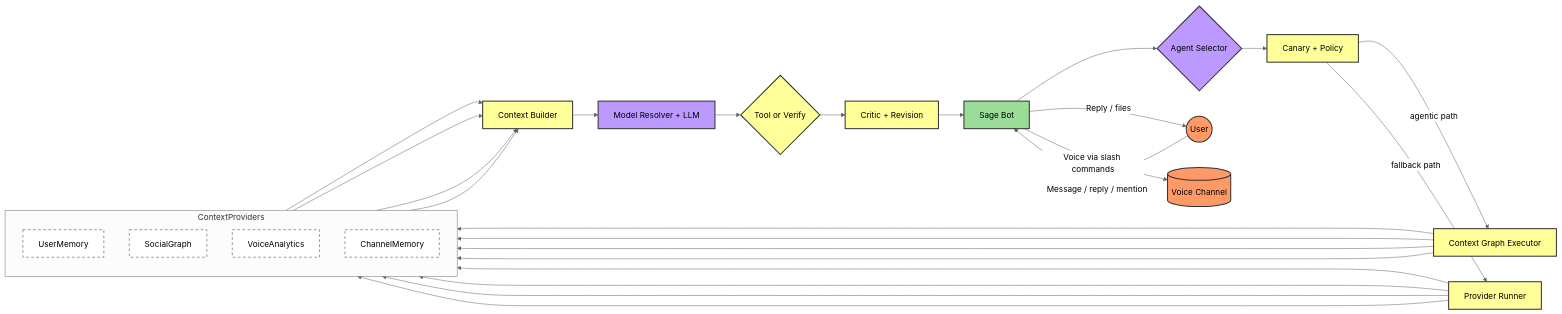
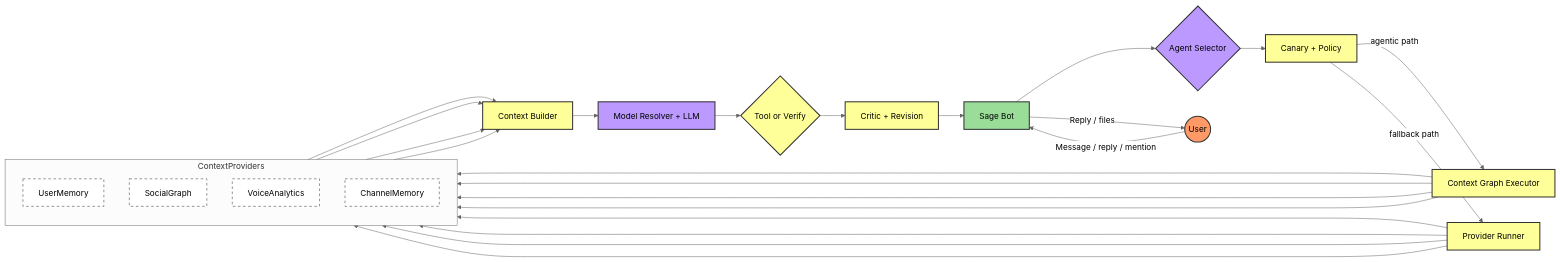
Before and after one commit to BokX1/Sage: the diagram in README.md, drawn with Mermaid (neutral theme). The commit also changed other lines of this file, not shown here.

````diff
--- a/README.md
+++ b/README.md
@@ -71,44 +126,42 @@
 ```mermaid
 flowchart LR
     classDef user fill:#f96,stroke:#333,stroke-width:2px,color:black
     classDef bot fill:#9d9,stroke:#333,stroke-width:2px,color:black
     classDef route fill:#b9f,stroke:#333,stroke-width:2px,color:black
     classDef provider fill:#fff,stroke:#333,stroke-width:1px,stroke-dasharray: 5 5,color:black
     classDef runtime fill:#ff9,stroke:#333,stroke-width:2px,color:black
 
     U((User)):::user -->|"Message / reply / mention"| B[Sage Bot]:::bot
     B --> R{Agent Selector}:::route
     R --> C[Canary + Policy]:::runtime
 
     subgraph ContextProviders
         direction TB
         M[UserMemory]:::provider
         G[SocialGraph]:::provider
         V[VoiceAnalytics]:::provider
         S[ChannelMemory]:::provider
     end
 
     C -->|agentic path| X[Context Graph Executor]:::runtime
     C -->|fallback path| Y[Provider Runner]:::runtime
     X --> M
     X --> G
     X --> V
     X --> S
     Y --> M
     Y --> G
     Y --> V
     Y --> S
 
     M --> K[Context Builder]:::runtime
     G --> K
     V --> K
     S --> K
 
     K --> L[Model Resolver + LLM]:::route
     L --> T{Tool or Verify}:::runtime
     T --> Q[Critic + Revision]:::runtime
     Q --> B
     B -->|"Reply / files"| U
-
-    B -->|"Voice via slash commands"| VC[(Voice Channel)]:::user
 ```
````
